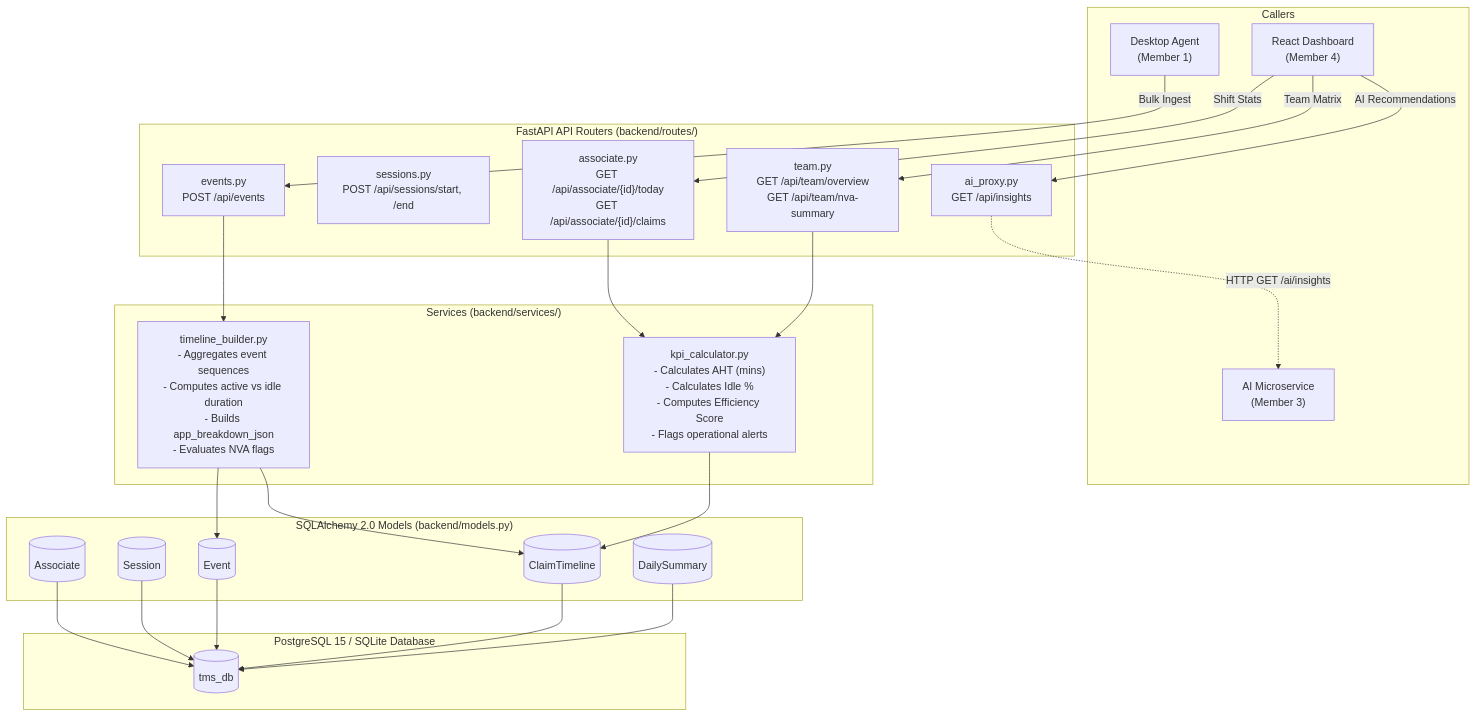
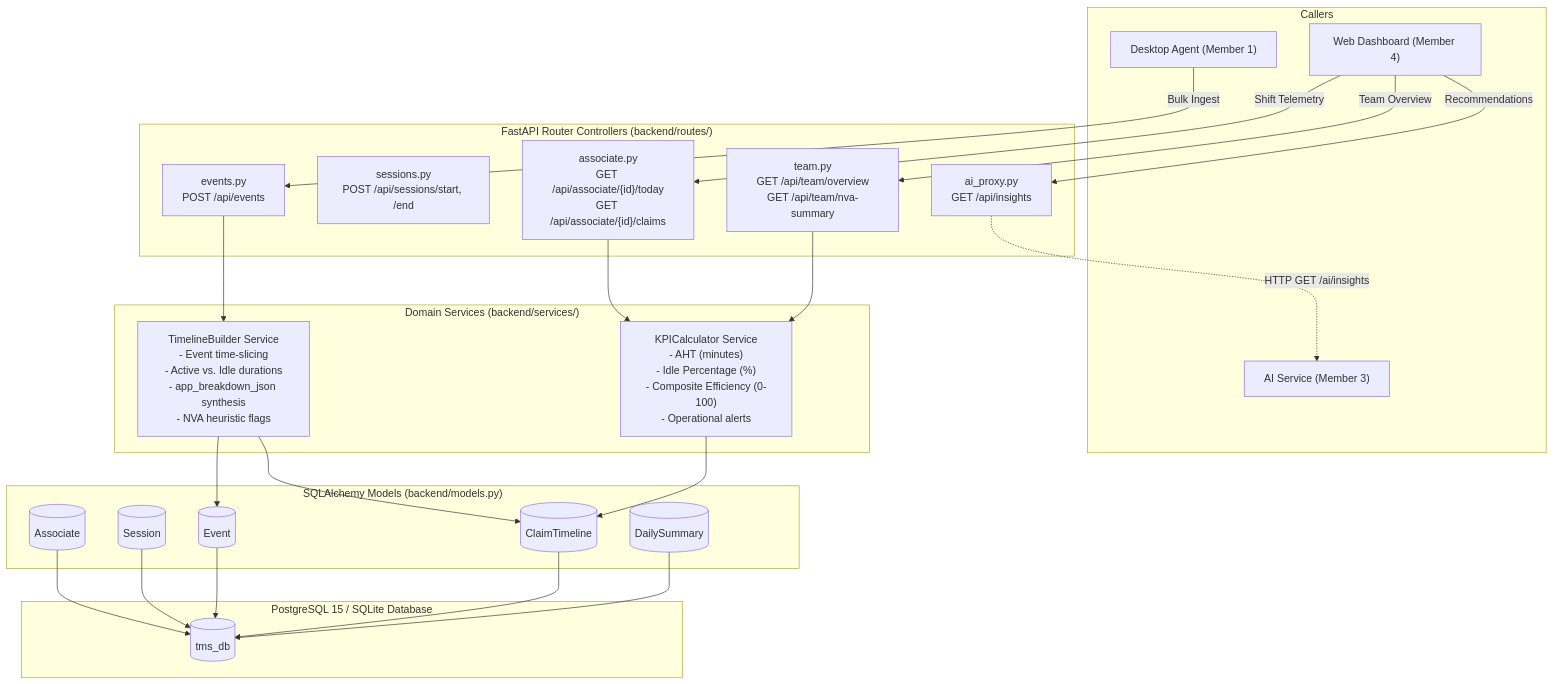
One commit to Gokul2004-ne/TMS changed the first of 2 diagrams in backend/README.md. Above: the diagram before and after it, drawn with Mermaid. The commit also changed other lines of this file and 5 other files, not shown here.

````diff
--- a/backend/README.md
+++ b/backend/README.md
@@ -10,54 +23,54 @@
 ```mermaid
 flowchart TD
-    subgraph Clients ["Callers"]
-        Agent["Desktop Agent\n(Member 1)"]
-        Dashboard["React Dashboard\n(Member 4)"]
-        AIService["AI Microservice\n(Member 3)"]
+    subgraph IngressClients ["Callers"]
+        Agent["Desktop Agent (Member 1)"]
+        Dashboard["Web Dashboard (Member 4)"]
+        AIService["AI Service (Member 3)"]
     end
 
-    subgraph FastAPIRouters ["FastAPI API Routers (backend/routes/)"]
-        R_Events["events.py\nPOST /api/events"]
-        R_Sessions["sessions.py\nPOST /api/sessions/start, /end"]
-        R_Associate["associate.py\nGET /api/associate/{id}/today\nGET /api/associate/{id}/claims"]
-        R_Team["team.py\nGET /api/team/overview\nGET /api/team/nva-summary"]
-        R_AI["ai_proxy.py\nGET /api/insights"]
+    subgraph FastAPILayer ["FastAPI Router Controllers (backend/routes/)"]
+        R_Events["events.py<br/>POST /api/events"]
+        R_Sessions["sessions.py<br/>POST /api/sessions/start, /end"]
+        R_Associate["associate.py<br/>GET /api/associate/{id}/today<br/>GET /api/associate/{id}/claims"]
+        R_Team["team.py<br/>GET /api/team/overview<br/>GET /api/team/nva-summary"]
+        R_AI["ai_proxy.py<br/>GET /api/insights"]
     end
 
-    subgraph BusinessServices ["Services (backend/services/)"]
-        TL_Builder["timeline_builder.py\n- Aggregates event sequences\n- Computes active vs idle duration\n- Builds app_breakdown_json\n- Evaluates NVA flags"]
-        KPI_Calc["kpi_calculator.py\n- Calculates AHT (mins)\n- Calculates Idle %\n- Computes Efficiency Score\n- Flags operational alerts"]
+    subgraph LogicServices ["Domain Services (backend/services/)"]
+        TL_Builder["TimelineBuilder Service<br/>- Event time-slicing<br/>- Active vs. Idle durations<br/>- app_breakdown_json synthesis<br/>- NVA heuristic flags"]
+        KPI_Calc["KPICalculator Service<br/>- AHT (minutes)<br/>- Idle Percentage (%)<br/>- Composite Efficiency (0-100)<br/>- Operational alerts"]
     end
 
-    subgraph ORMModels ["SQLAlchemy 2.0 Models (backend/models.py)"]
+    subgraph ORMLayer ["SQLAlchemy Models (backend/models.py)"]
         M_Associate[("Associate")]
         M_Session[("Session")]
         M_Event[("Event")]
         M_Timeline[("ClaimTimeline")]
         M_Summary[("DailySummary")]
     end
 
-    subgraph RelationalDB ["PostgreSQL 15 / SQLite Database"]
+    subgraph DatabaseStore ["PostgreSQL 15 / SQLite Database"]
         DB[(tms_db)]
     end
 
     Agent -->|"Bulk Ingest"| R_Events
-    Dashboard -->|"Shift Stats"| R_Associate
-    Dashboard -->|"Team Matrix"| R_Team
-    Dashboard -->|"AI Recommendations"| R_AI
-    
+    Dashboard -->|"Shift Telemetry"| R_Associate
+    Dashboard -->|"Team Overview"| R_Team
+    Dashboard -->|"Recommendations"| R_AI
+
     R_Events --> TL_Builder
     R_Associate --> KPI_Calc
     R_Team --> KPI_Calc
-    
+
     TL_Builder --> M_Timeline
     TL_Builder --> M_Event
     KPI_Calc --> M_Timeline
-    
+
     M_Associate --> DB
     M_Session --> DB
     M_Event --> DB
     M_Timeline --> DB
     M_Summary --> DB
-    
+
     R_AI -.->|"HTTP GET /ai/insights"| AIService
 ```
````
